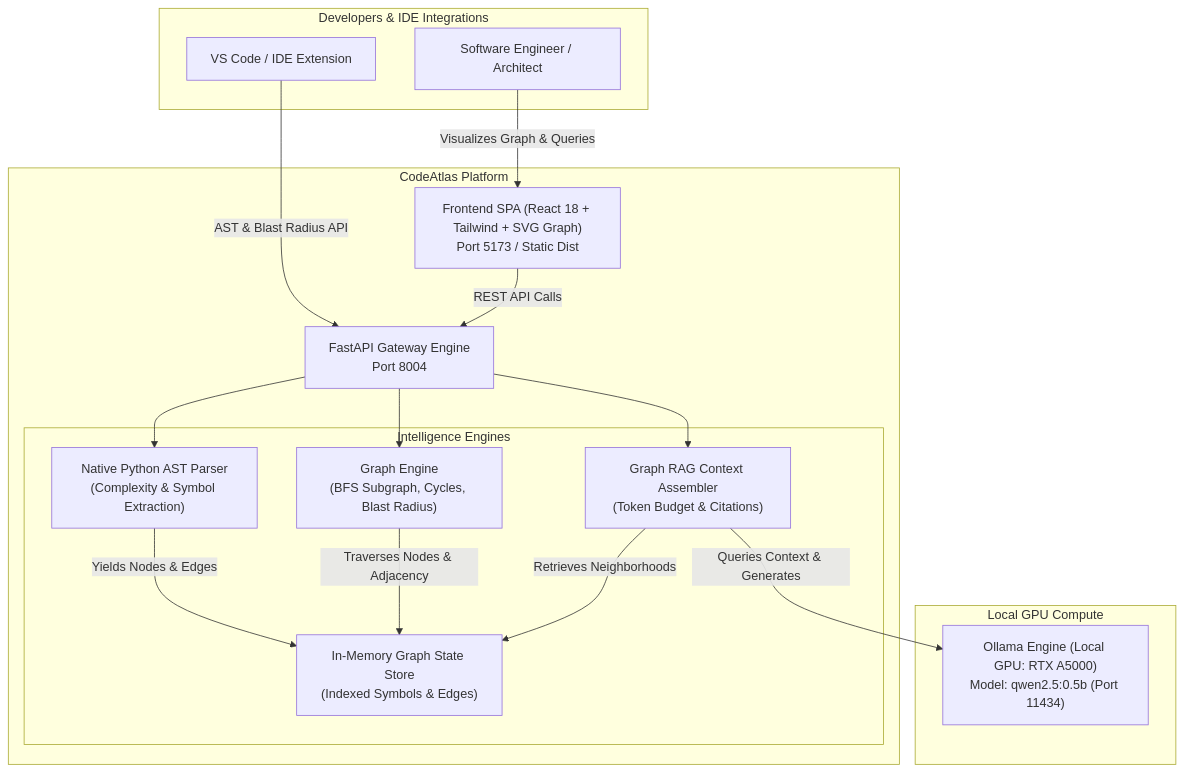
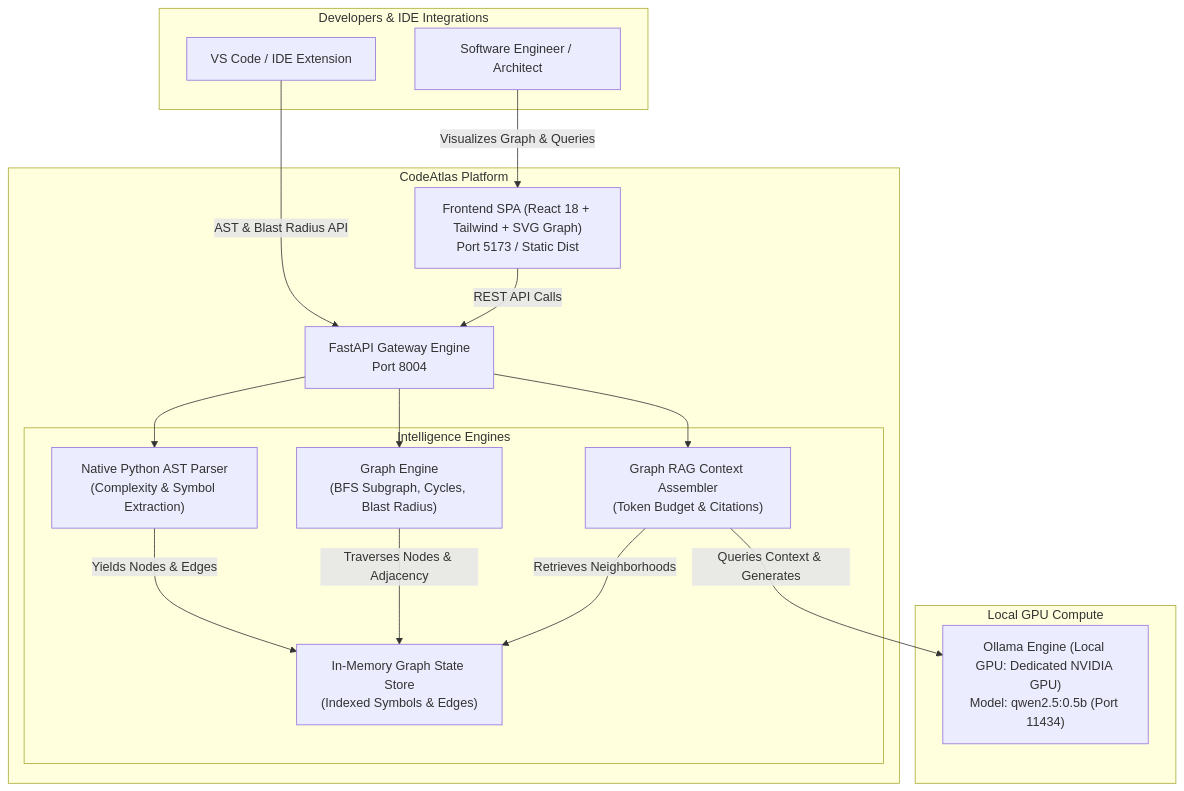
One commit to Kyrollo/codeatlas changed the first of 2 diagrams in docs/architecture.md. Above: the diagram before and after it, drawn with Mermaid. The commit also changed other lines of this file and 3 other files, not shown here.

````diff
--- a/docs/architecture.md
+++ b/docs/architecture.md
@@ -9,36 +9,36 @@
 ```mermaid
 flowchart TD
     subgraph Clients["Developers & IDE Integrations"]
         Dev["Software Engineer / Architect"]
         IDE["VS Code / IDE Extension"]
     end
 
     subgraph CodeAtlas["CodeAtlas Platform"]
         Frontend["Frontend SPA (React 18 + Tailwind + SVG Graph)\nPort 5173 / Static Dist"]
         APIGateway["FastAPI Gateway Engine\nPort 8004"]
         
         subgraph CoreServices["Intelligence Engines"]
             ASTParser["Native Python AST Parser\n(Complexity & Symbol Extraction)"]
             GraphEngine["Graph Engine\n(BFS Subgraph, Cycles, Blast Radius)"]
             RAGEngine["Graph RAG Context Assembler\n(Token Budget & Citations)"]
             Store["In-Memory Graph State Store\n(Indexed Symbols & Edges)"]
         end
     end
 
     subgraph GPUInference["Local GPU Compute"]
-        Ollama["Ollama Engine (Local GPU: RTX A5000)\nModel: qwen2.5:0.5b (Port 11434)"]
+        Ollama["Ollama Engine (Local GPU: Dedicated NVIDIA GPU)\nModel: qwen2.5:0.5b (Port 11434)"]
     end
 
     Dev -->|Visualizes Graph & Queries| Frontend
     IDE -->|AST & Blast Radius API| APIGateway
     Frontend -->|REST API Calls| APIGateway
 
     APIGateway --> ASTParser
     APIGateway --> GraphEngine
     APIGateway --> RAGEngine
     
     ASTParser -->|Yields Nodes & Edges| Store
     GraphEngine -->|Traverses Nodes & Adjacency| Store
     RAGEngine -->|Retrieves Neighborhoods| Store
     RAGEngine -->|Queries Context & Generates| Ollama
 ```
````
